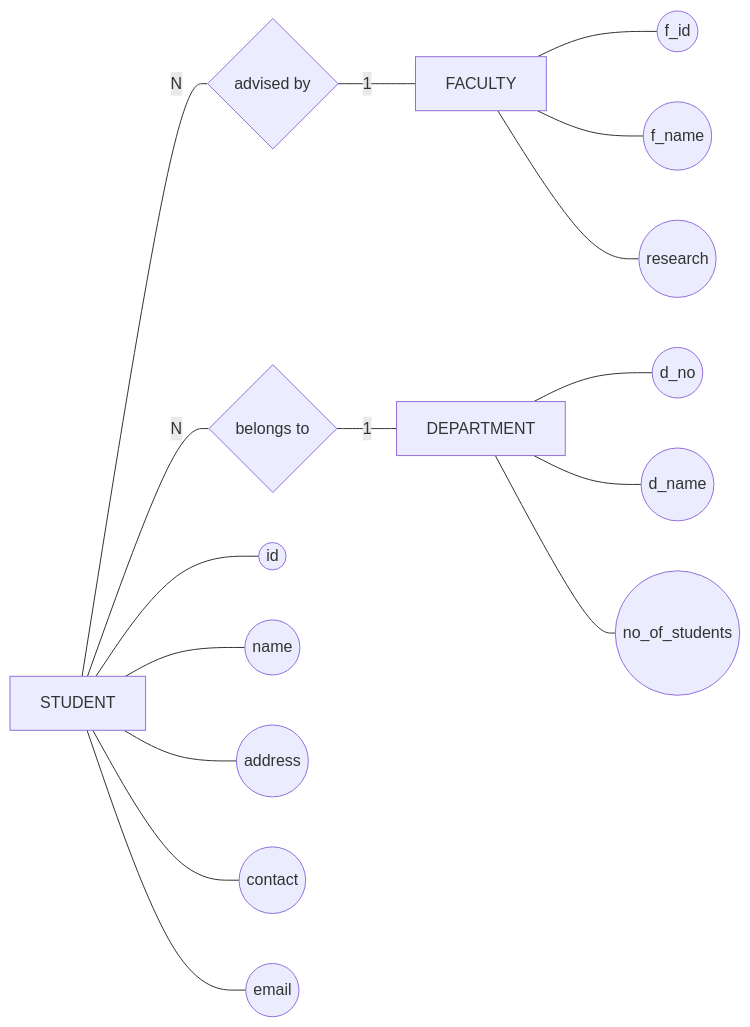
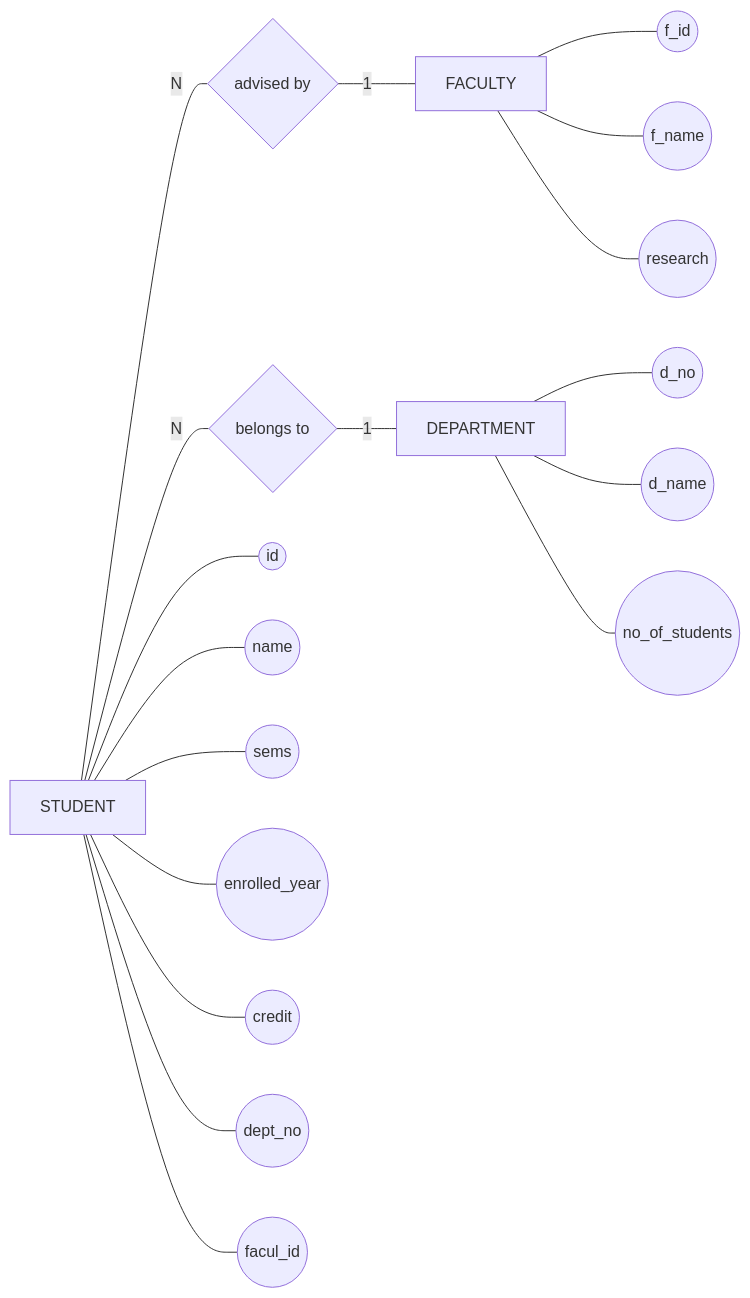
One commit to Utkarsh-Singh-u/firstOne changed the second of 5 diagrams in README.md. Above: the diagram before and after it, drawn with Mermaid. The commit also changed other lines of this file, not shown here.

````diff
--- a/README.md
+++ b/README.md
@@ -29,30 +29,32 @@
 ```mermaid
 flowchart LR
 
     STUDENT[STUDENT]
     FACULTY[FACULTY]
     DEPT[DEPARTMENT]
 
     ADVISED_BY{advised by}
     BELONGS_TO{belongs to}
 
     STUDENT ---|N| ADVISED_BY
     ADVISED_BY ---|1| FACULTY
 
     STUDENT ---|N| BELONGS_TO
     BELONGS_TO ---|1| DEPT
 
     STUDENT --- id((id))
     STUDENT --- name((name))
-    STUDENT --- address((address))
-    STUDENT --- contact((contact))
-    STUDENT --- email((email))
+    STUDENT --- sems((sems))
+    STUDENT --- enrolled_year((enrolled_year))
+    STUDENT --- credit((credit))
+    STUDENT --- dept_no((dept_no))
+    STUDENT --- facul_id((facul_id))
 
     FACULTY --- f_id((f_id))
     FACULTY --- f_name((f_name))
     FACULTY --- research((research))
 
     DEPT --- d_no((d_no))
     DEPT --- d_name((d_name))
     DEPT --- no_students((no_of_students))
 ```
````
